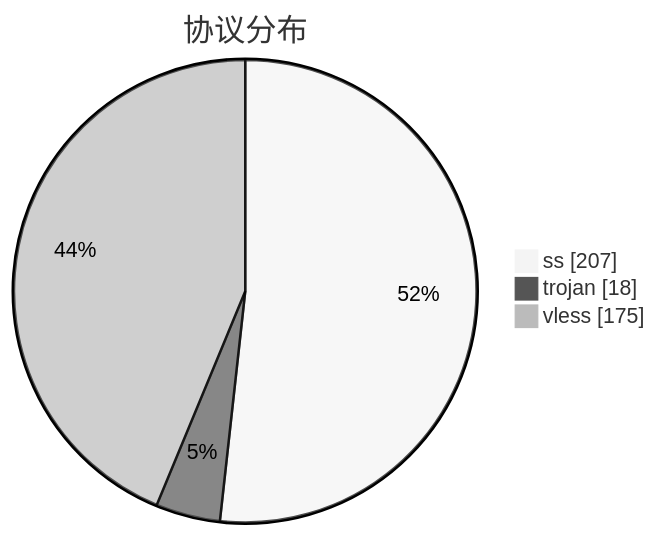
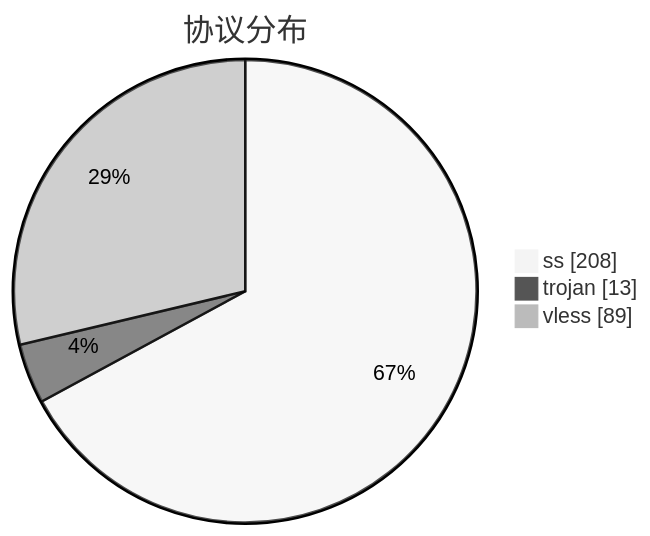
The third of 3 diagrams in subs/statistics/tested_within.md (qjlxg/airport), drawn with Mermaid (neutral theme) before and after one commit. The commit also changed other lines of this file and 2 other files, not shown here.

````diff
--- a/subs/statistics/tested_within.md
+++ b/subs/statistics/tested_within.md
@@ -32,7 +32,7 @@
 ```mermaid
 pie showData
 title 协议分布
-"ss" : 207
-"trojan" : 18
-"vless" : 175
+"ss" : 208
+"trojan" : 13
+"vless" : 89
 ```
````
